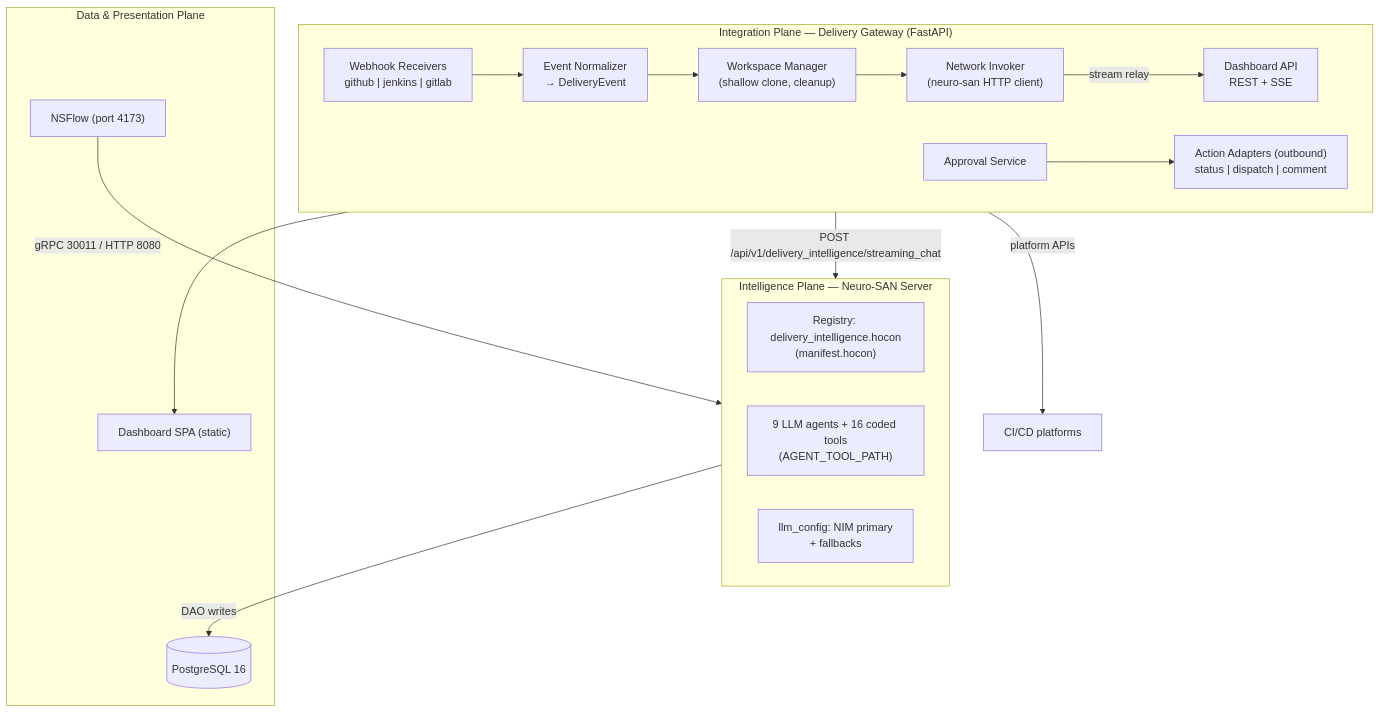
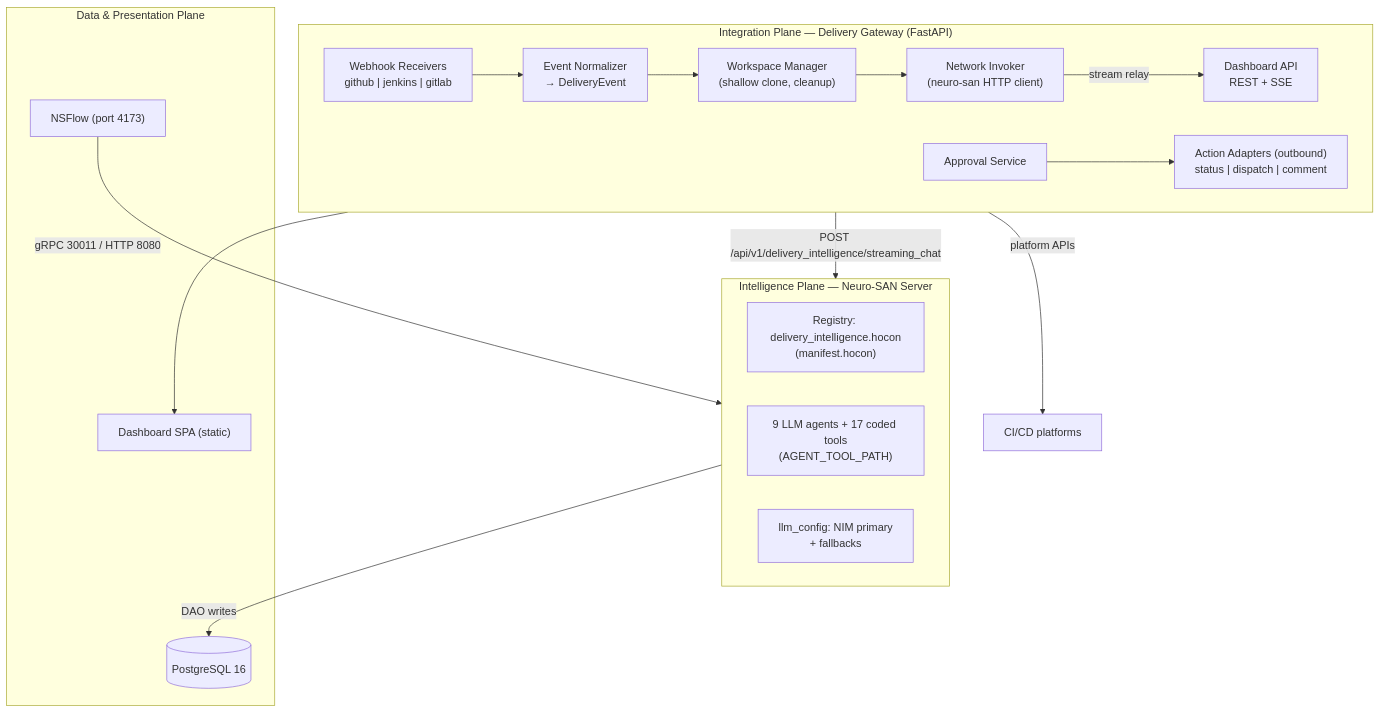
One commit to anandharshit712/Sentinel changed the first of 3 diagrams in docs/solution/03-hld.md. Above: the diagram before and after it, drawn with Mermaid. The commit also changed other lines of this file and 8 other files, not shown here.

````diff
--- a/docs/solution/03-hld.md
+++ b/docs/solution/03-hld.md
@@ -29,35 +29,35 @@
 ```mermaid
 flowchart TB
     subgraph P1["Integration Plane — Delivery Gateway (FastAPI)"]
         direction LR
         WH["Webhook Receivers<br/>github | jenkins | gitlab"]
         NORM["Event Normalizer<br/>→ DeliveryEvent"]
         WS["Workspace Manager<br/>(shallow clone, cleanup)"]
         INV["Network Invoker<br/>(neuro-san HTTP client)"]
         ACT["Action Adapters (outbound)<br/>status | dispatch | comment"]
         API["Dashboard API<br/>REST + SSE"]
         APPR["Approval Service"]
     end
 
     subgraph P2["Intelligence Plane — Neuro-SAN Server"]
         direction LR
         REG["Registry: delivery_intelligence.hocon<br/>(manifest.hocon)"]
-        AG["9 LLM agents + 16 coded tools<br/>(AGENT_TOOL_PATH)"]
+        AG["9 LLM agents + 17 coded tools<br/>(AGENT_TOOL_PATH)"]
         LLM["llm_config: NIM primary<br/>+ fallbacks"]
     end
 
     subgraph P3["Data & Presentation Plane"]
         PG[("PostgreSQL 16")]
         UI["Dashboard SPA (static)"]
         NF["NSFlow (port 4173)"]
     end
 
     WH --> NORM --> WS --> INV
     INV -->|"POST /api/v1/delivery_intelligence/streaming_chat"| REG
     AG -->|"DAO writes"| PG
     INV -->|"stream relay"| API
     API --> UI
     APPR --> ACT
     ACT -->|"platform APIs"| EXT["CI/CD platforms"]
     NF -->|"gRPC 30011 / HTTP 8080"| REG
 ```
````
